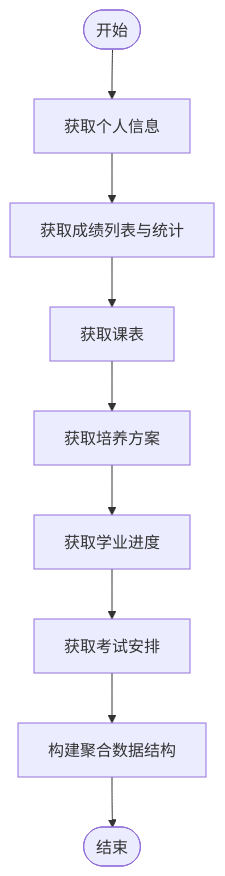
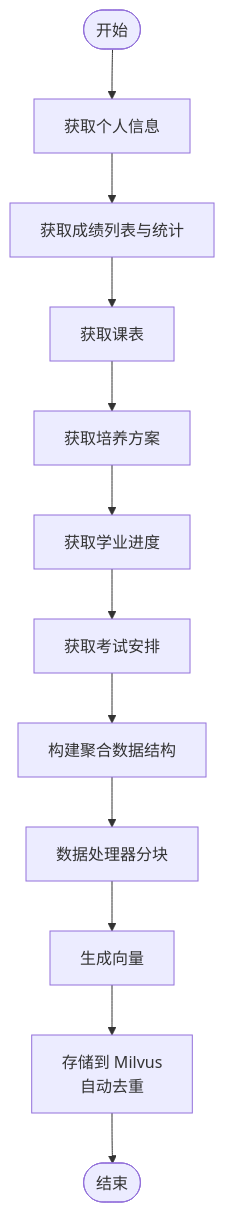
The seventh of 10 diagrams in .qoder/repowiki/zh/content/AI智能问答系统/向量数据库集成.md (ghbbn053-ship-itsoulddog/soulddog), drawn with Mermaid before and after one commit. The commit also changed other lines of this file and 12 other files, not shown here.

````diff
--- a/.qoder/repowiki/zh/content/AI智能问答系统/向量数据库集成.md
+++ b/.qoder/repowiki/zh/content/AI智能问答系统/向量数据库集成.md
@@ -191,11 +281,14 @@
 ```mermaid
 flowchart TD
 Start(["开始"]) --> GetPersonal["获取个人信息"]
 GetPersonal --> GetGrades["获取成绩列表与统计"]
 GetGrades --> GetSchedule["获取课表"]
 GetSchedule --> GetPlan["获取培养方案"]
 GetPlan --> GetProgress["获取学业进度"]
 GetProgress --> GetExams["获取考试安排"]
 GetExams --> Build["构建聚合数据结构"]
-Build --> End(["结束"])
+Build --> Process["数据处理器分块"]
+Process --> Vectorize["生成向量"]
+Vectorize --> Store["存储到 Milvus<br/>自动去重"]
+Store --> End(["结束"])
 ```
````
